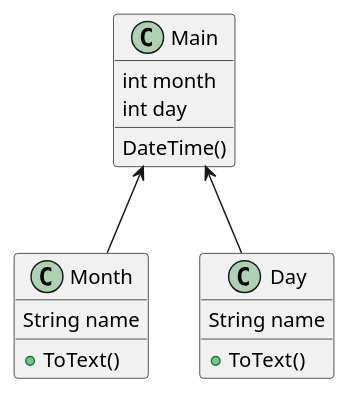
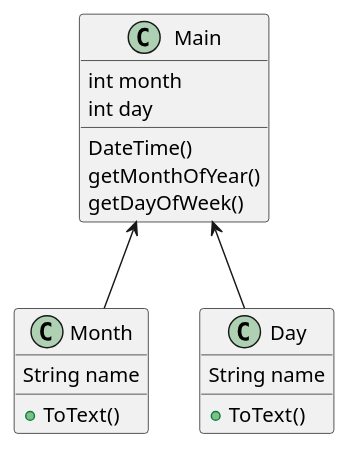
One commit to PaltryCoding/Apk changed the diagram in src/main/Diagram.puml. Above: the diagram before and after it, drawn with PlantUML. The commit also changed 1 other file, not shown here.

```diff
--- a/src/main/Diagram.puml
+++ b/src/main/Diagram.puml
@@ -1,22 +1,24 @@
 @startuml
 class Main{
 DateTime()
+getMonthOfYear()
+getDayOfWeek()
 int month
 int day
 
 }
 class Month{
 String name
 + ToText()
 
 }
 class Day{
 String name
 + ToText()
 
 }
 
 Main <-- Month
 Main <-- Day
 
 @enduml
```
